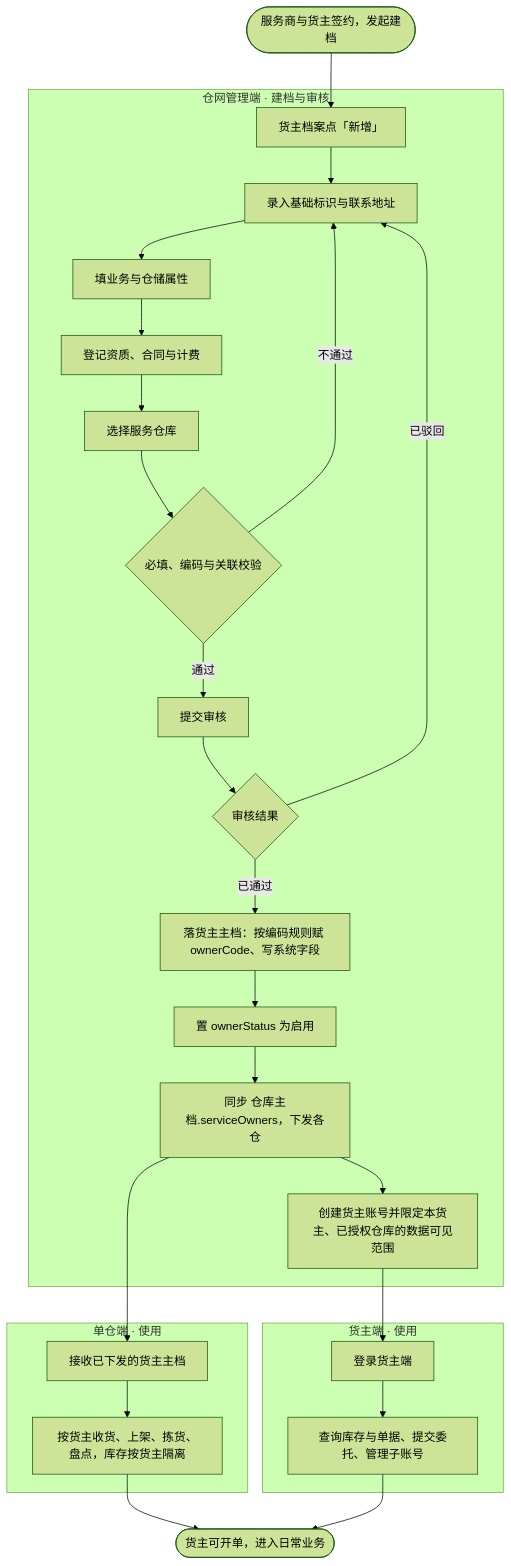
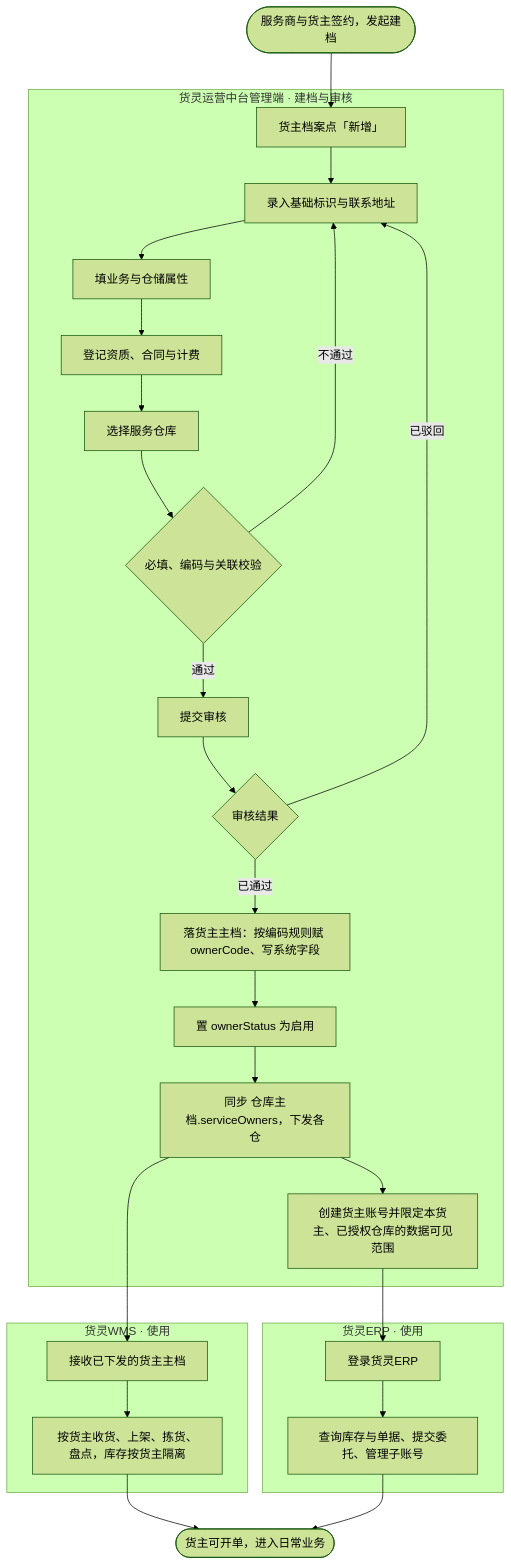
One commit to ChenXiang1988/3PLWMS changed the diagram in docs/产品需求/货主创建流程.md. Above: the diagram before and after it, drawn with Mermaid (forest theme). The commit also changed 308 other files, not shown here.

````diff
--- a/docs/产品需求/货主创建流程.md
+++ b/docs/产品需求/货主创建流程.md
@@ -1,33 +1,33 @@
 ```mermaid
 flowchart TD
   S(["服务商与货主签约，发起建档"]) --> A1
 
-  subgraph NET["仓网管理端 · 建档与审核"]
+  subgraph NET["货灵运营中台管理端 · 建档与审核"]
     A1["货主档案点「新增」"] --> A2["录入基础标识与联系地址"]
     A2 --> A3["填业务与仓储属性"]
     A3 --> A4["登记资质、合同与计费"]
     A4 --> A5["选择服务仓库"]
     A5 --> C1{"必填、编码与关联校验"}
     C1 -->|不通过| A2
     C1 -->|通过| A6["提交审核"]
     A6 --> C2{"审核结果"}
     C2 -->|已驳回| A2
     C2 -->|已通过| A7["落货主主档：按编码规则赋 ownerCode、写系统字段"]
     A7 --> A8["置 ownerStatus 为启用"]
     A8 --> A9["同步 仓库主档.serviceOwners，下发各仓"]
     A9 --> A10["创建货主账号并限定本货主、已授权仓库的数据可见范围"]
   end
 
-  subgraph WH["单仓端 · 使用"]
+  subgraph WH["货灵WMS · 使用"]
     B1["接收已下发的货主主档"] --> B2["按货主收货、上架、拣货、盘点，库存按货主隔离"]
   end
 
-  subgraph OWN["货主端 · 使用"]
-    D1["登录货主端"] --> D2["查询库存与单据、提交委托、管理子账号"]
+  subgraph OWN["货灵ERP · 使用"]
+    D1["登录货灵ERP"] --> D2["查询库存与单据、提交委托、管理子账号"]
   end
 
   A9 --> B1
   A10 --> D1
   B2 --> E(["货主可开单，进入日常业务"])
   D2 --> E
 ```
````
